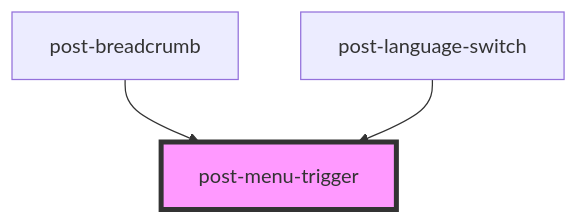
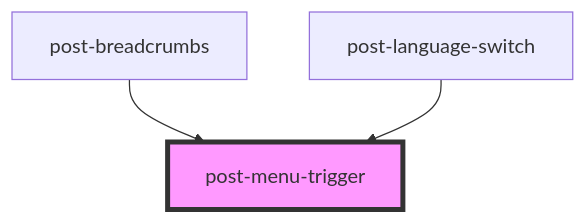
Before and after one commit to swisspost/design-system: the diagram in packages/components/src/components/post-menu-trigger/readme.md, drawn with Mermaid. The commit also changed other lines of this file and 15 other files, not shown here.

Commit message:
refactor(components,docs): rename breadcrumb to breadcrumbs throughout codebase

````diff
--- a/packages/components/src/components/post-menu-trigger/readme.md
+++ b/packages/components/src/components/post-menu-trigger/readme.md
@@ -23,6 +23,6 @@
 ```mermaid
 graph TD;
-  post-breadcrumb --> post-menu-trigger
+  post-breadcrumbs --> post-menu-trigger
   post-language-switch --> post-menu-trigger
   style post-menu-trigger fill:#f9f,stroke:#333,stroke-width:4px
 ```
````
